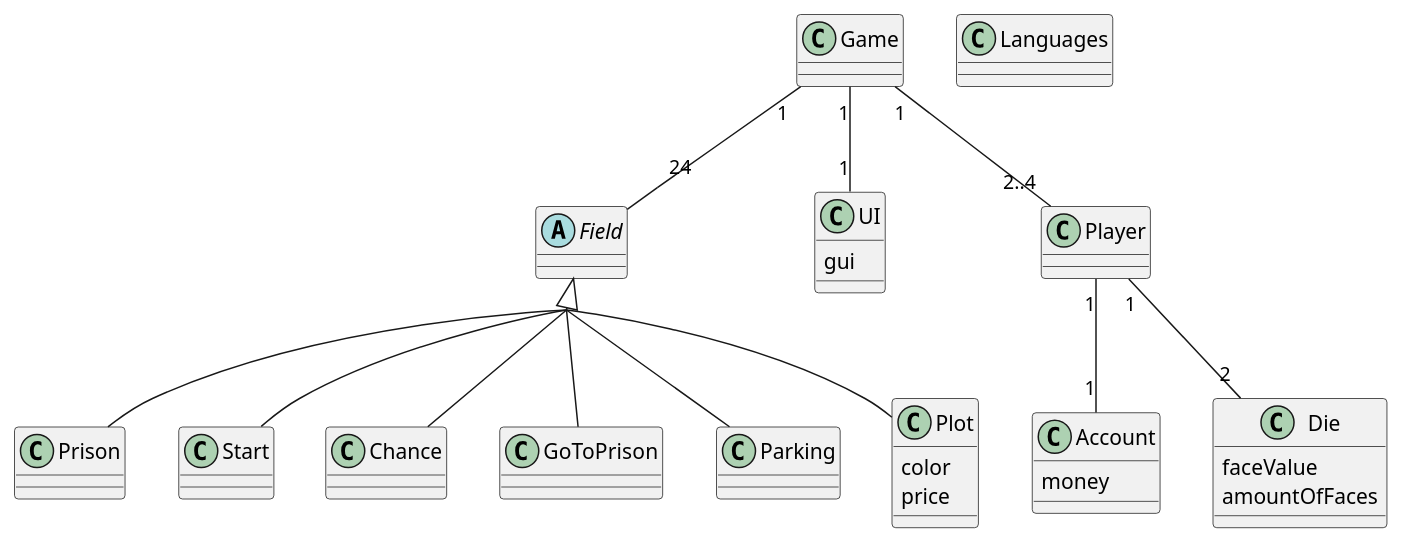
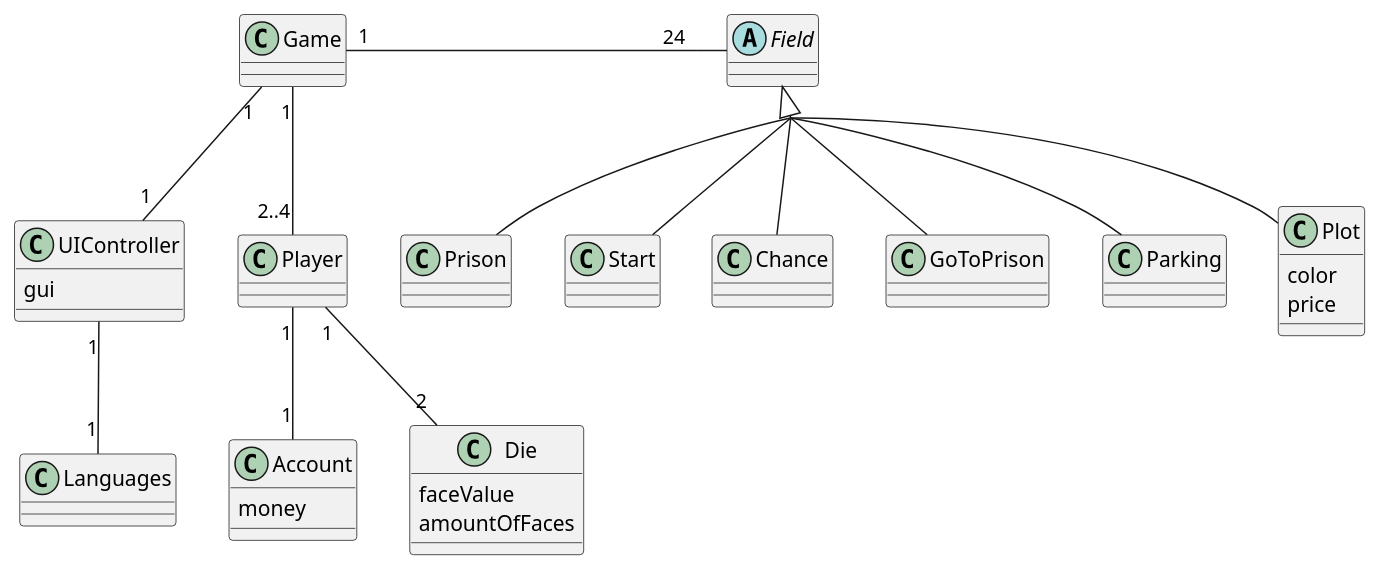
The diagram in src/UML/CDIO3DomainDiagram.puml (DTUgruppe15/15_del3), drawn with PlantUML before and after one commit. The commit also changed 1 other file, not shown here.

Commit message:
Updated UML
Fixed Languages

```diff
--- a/src/UML/CDIO3DomainDiagram.puml
+++ b/src/UML/CDIO3DomainDiagram.puml
@@ -1,48 +1,49 @@
 @startuml
 'https://plantuml.com/class-diagram
 skinparam groupInheritance 2
 
 abstract class Field
 class Prison
 class Start
 class Chance
 class GoToPrison
 class Parking
 class Plot{
     color
     price
 }
 
 Field <|-- Prison
 Field <|-- Start
 Field <|-- Chance
 Field <|-- GoToPrison
 Field <|-- Parking
 Field <|-- Plot
 
-class UI{
+class UIController{
     gui
 }
 class Player{
 
 }
 class Account{
     money
 }
 class Die{
     faceValue
     amountOfFaces
 }
 class Game
 
 Player "1"--"2" Die
 Player "1"--"1" Account
 Game "1"--"2..4" Player
-Game "1"--"24" Field
-Game "1"--"1" UI
+Game "1"-"24" Field
+Game "1"--"1" UIController
+UIController "1"--"1" Languages
 
 class Languages{
 
 }
 
 @enduml
```
